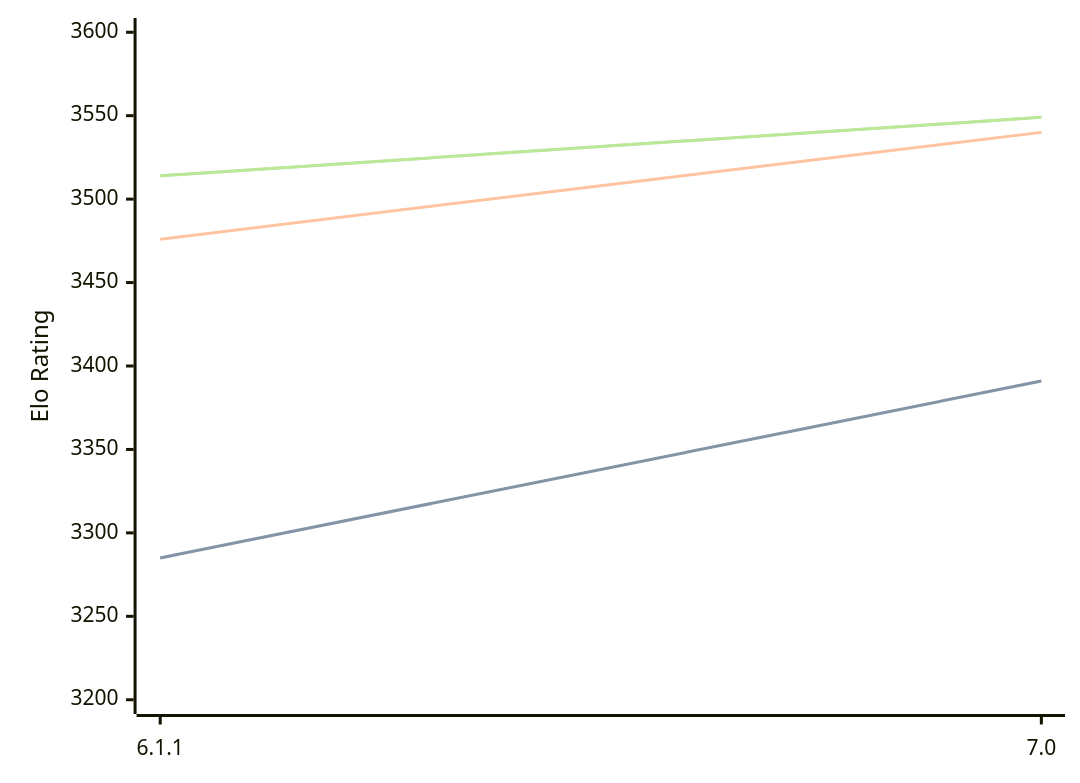
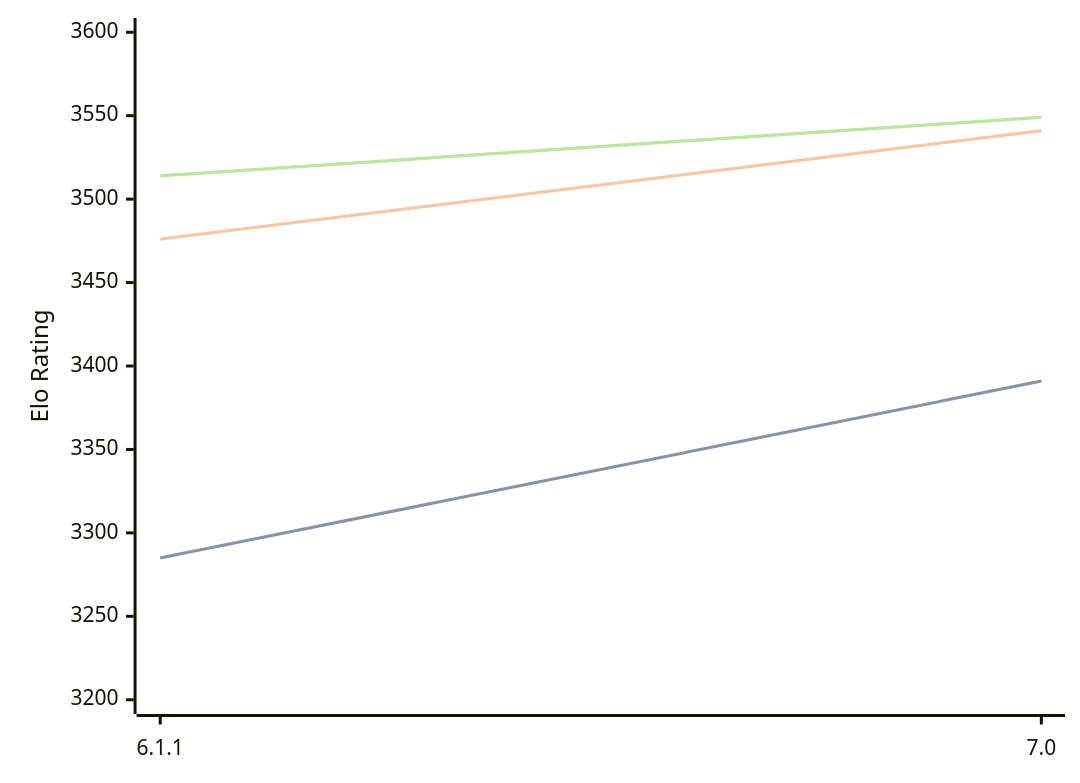
One commit to computer-chess-index/cci changed the diagram in engines/Astra.md. Above: the diagram before and after it, drawn with Mermaid. The commit also changed other lines of this file, not shown here.

````diff
--- a/engines/Astra.md
+++ b/engines/Astra.md
@@ -32,11 +32,11 @@
 ```mermaid
 %%{init: {"theme":"base","themeVariables":{"seriesColors:['#a3a3a3','#222221','#faa371']}}}%%
 xychart-beta
   x-axis ["6.1.1", "7.0"]
   y-axis "Elo Rating" 3200 --> 3600
   line "" [3285, 3391]
   line "STC (8.0+0.08s)" [3285, 3391]
-  line "LTC (60.0+0.60s)" [3476, 3540]
+  line "LTC (60.0+0.60s)" [3476, 3541]
   line "" [3514, 3549]
   line "VLTC (2m24s+1.12s)" [3514, 3549]
 ```
````
